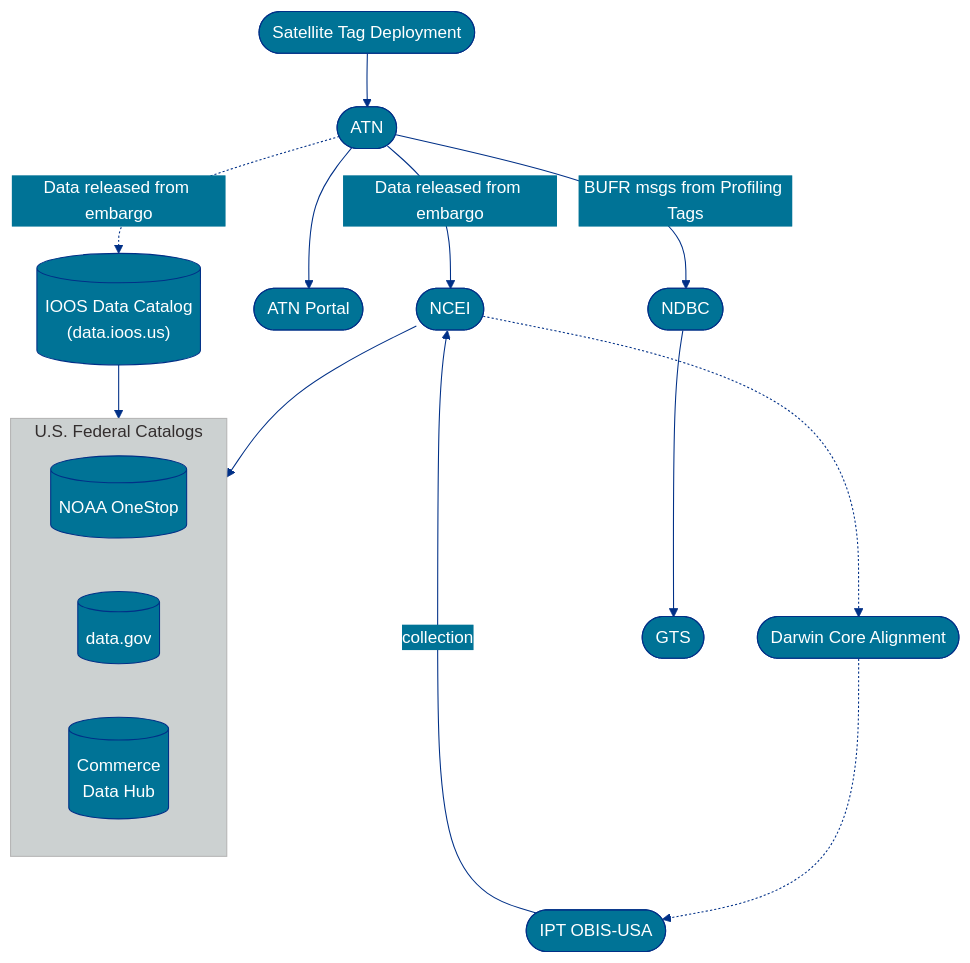
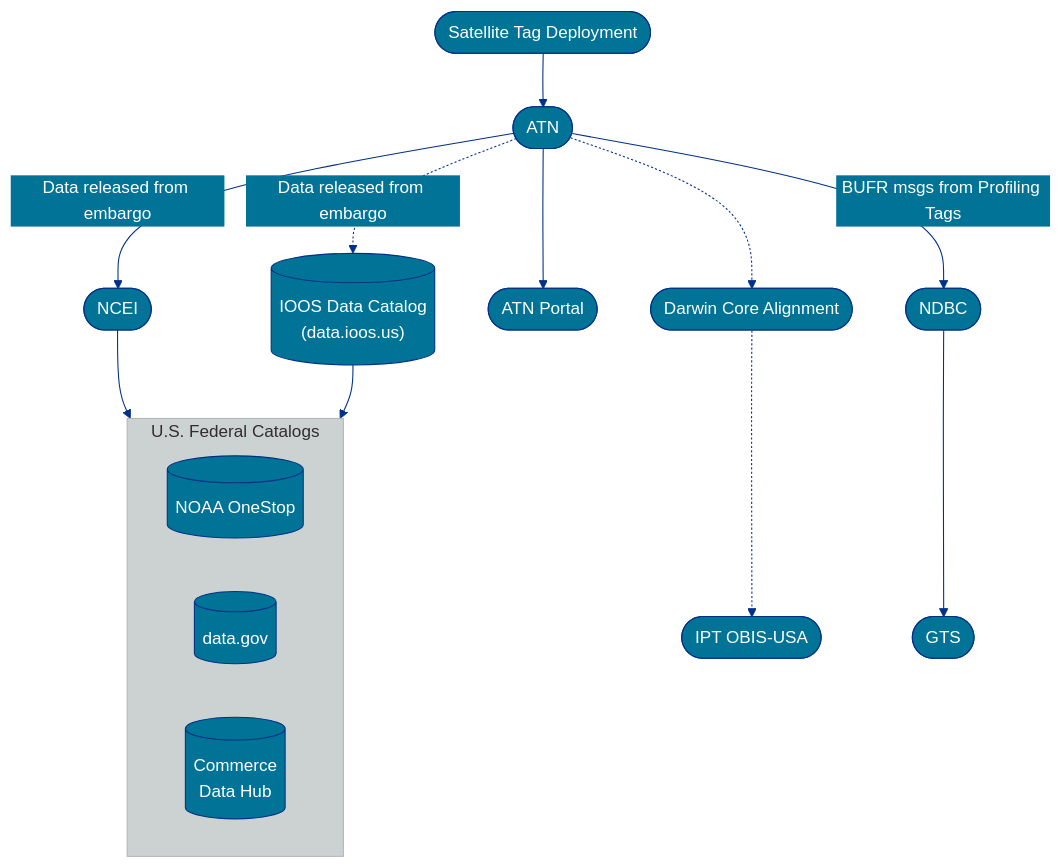
Before and after one commit to MathewBiddle/ATN-archive: the first of 2 diagrams in _docs/atn-archive.md, drawn with Mermaid. The commit also changed other lines of this file, not shown here.

````diff
--- a/_docs/atn-archive.md
+++ b/_docs/atn-archive.md
@@ -16,53 +16,52 @@
 ```mermaid
 %%{
   init: {
     'theme': 'base',
     'themeVariables': {
       'primaryColor': '#007396',
       'primaryTextColor': '#fff',
       'primaryBorderColor': '#003087',
       'lineColor': '#003087',
       'secondaryColor': '#007396',
       'tertiaryColor': '#CCD1D1'
     },
    'flowchart': { 'curve': 'basis' }
   }
 }%%
 
 flowchart TD
 
 A([Satellite Tag Deployment])
 B([ATN])
 D([NCEI])
 E([Darwin Core Alignment])
 F([IPT OBIS-USA])
 G([ATN Portal])
 H([NDBC])
 I([GTS])
 J[(NOAA OneStop)]
 K[(data.gov)]
 L[("Commerce
 Data Hub")]
 M[("IOOS Data Catalog
 (data.ioos.us)")]
 
 A --> B
 B -- Data released from embargo --> D
-D .-> E
+B .-> E
 D --> FC
 E .-> F
 B --> G
 B -- BUFR msgs from Profiling Tags --> H
 B .->|Data released from embargo| M
 M --> FC
 H --> I
-F --collection--> D
 
 
 subgraph FC [U.S. Federal Catalogs]
 J
 K
 L
 end
 
 ```
````
